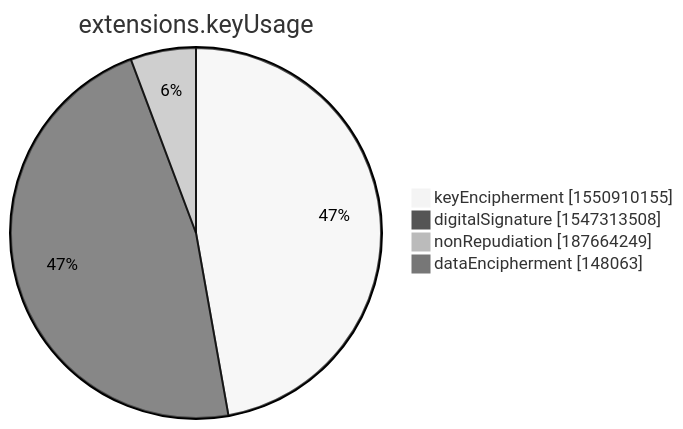
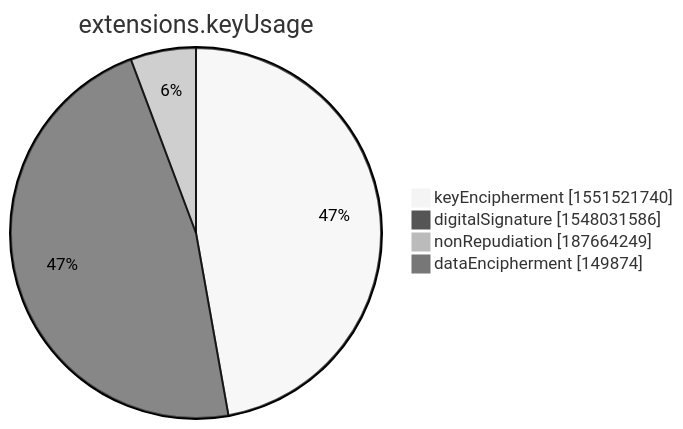
One commit to christiankrug/ctmonitor_visualization changed the seventh of 15 diagrams in xenon2022/README.md. Above: the diagram before and after it, drawn with Mermaid (neutral theme). The commit also changed other lines of this file, not shown here.

````diff
--- a/xenon2022/README.md
+++ b/xenon2022/README.md
@@ -2852,8 +2852,8 @@
 ```mermaid
 pie showData
 title extensions.keyUsage
-"keyEncipherment" :1550910155
-"digitalSignature" :1547313508
+"keyEncipherment" :1551521740
+"digitalSignature" :1548031586
 "nonRepudiation" :187664249
-"dataEncipherment" :148063
+"dataEncipherment" :149874
 ```
````
